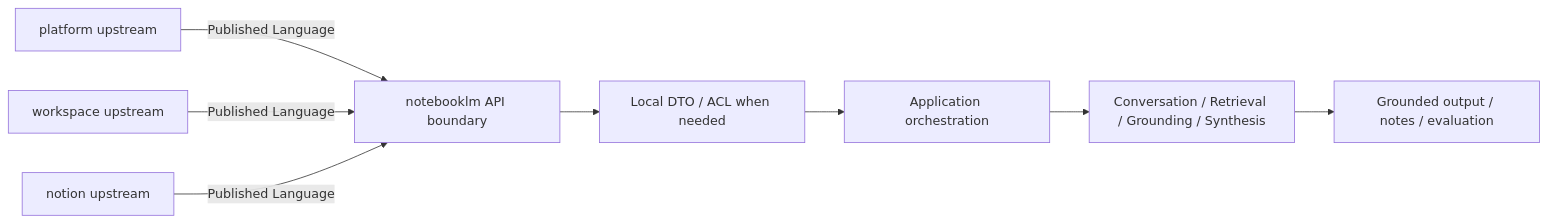
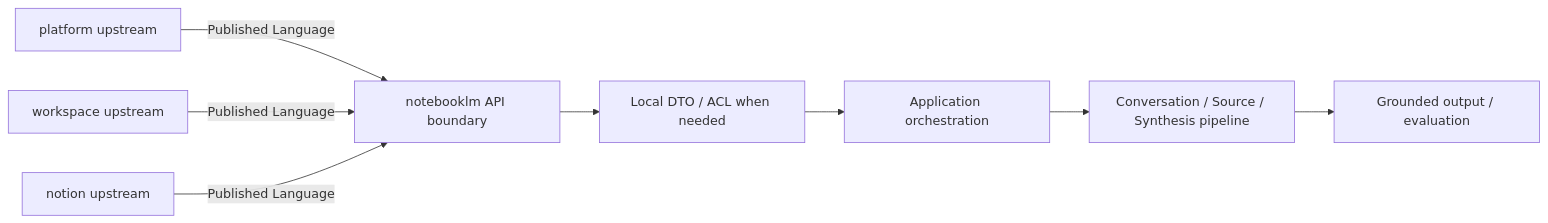
The second of 2 diagrams in docs/contexts/notebooklm/AGENT.md (122sp7/xuanwu-app), drawn with Mermaid before and after one commit. The commit also changed other lines of this file and 4 other files, not shown here.

````diff
--- a/docs/contexts/notebooklm/AGENT.md
+++ b/docs/contexts/notebooklm/AGENT.md
@@ -76,10 +70,10 @@
 ```mermaid
 flowchart LR
 	Platform["platform upstream"] -->|Published Language| Boundary["notebooklm API boundary"]
 	Workspace["workspace upstream"] -->|Published Language| Boundary
 	Notion["notion upstream"] -->|Published Language| Boundary
 	Boundary --> Translation["Local DTO / ACL when needed"]
 	Translation --> App["Application orchestration"]
-	App --> Domain["Conversation / Retrieval / Grounding / Synthesis"]
-	Domain --> Output["Grounded output / notes / evaluation"]
+	App --> Domain["Conversation / Source / Synthesis pipeline"]
+	Domain --> Output["Grounded output / evaluation"]
 ```
````
